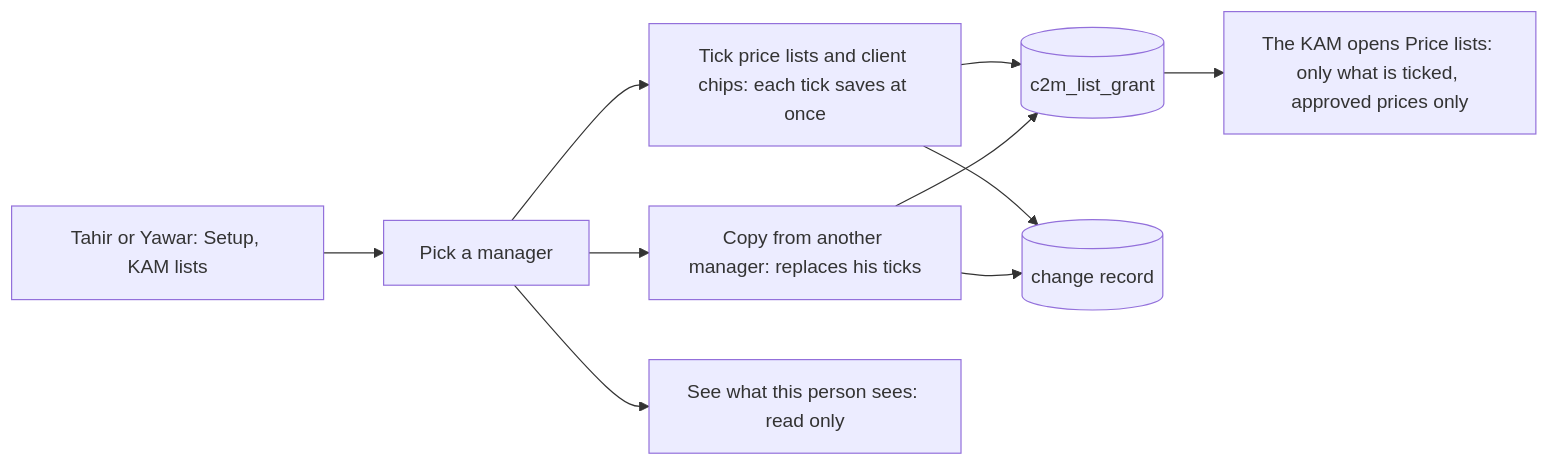
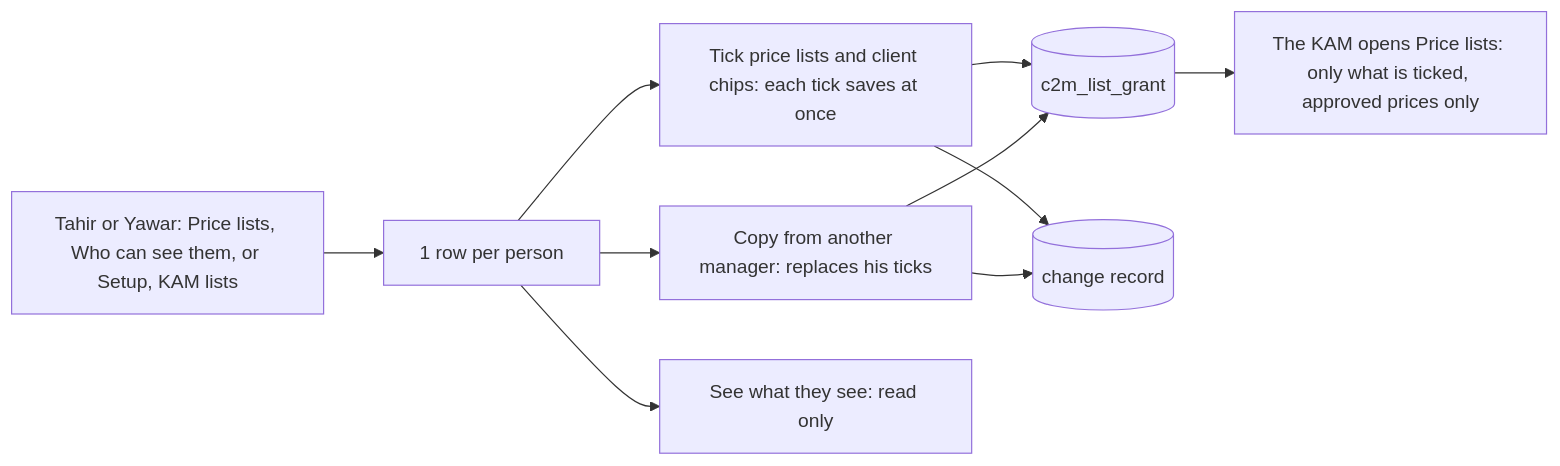
Diagram 22 of 36 in apps/c2m/docs/01-process-flows.md (taabbas1947-eng/VAN-OP), drawn with Mermaid before and after one commit. The commit also changed 9 other files, not shown here.

````diff
--- a/apps/c2m/docs/01-process-flows.md
+++ b/apps/c2m/docs/01-process-flows.md
@@ -547,12 +547,12 @@
 ```mermaid
 flowchart LR
-  T[Tahir or Yawar: Setup, KAM lists] --> P[Pick a manager]
+  T[Tahir or Yawar: Price lists, Who can see them, or Setup, KAM lists] --> P[1 row per person]
   P --> A[Tick price lists and client chips: each tick saves at once]
   P --> B[Copy from another manager: replaces his ticks]
-  P --> C[See what this person sees: read only]
+  P --> C[See what they see: read only]
   A --> G[(c2m_list_grant)]
   B --> G
   G --> K[The KAM opens Price lists: only what is ticked, approved prices only]
   A --> L[(change record)]
   B --> L
 ```
````
